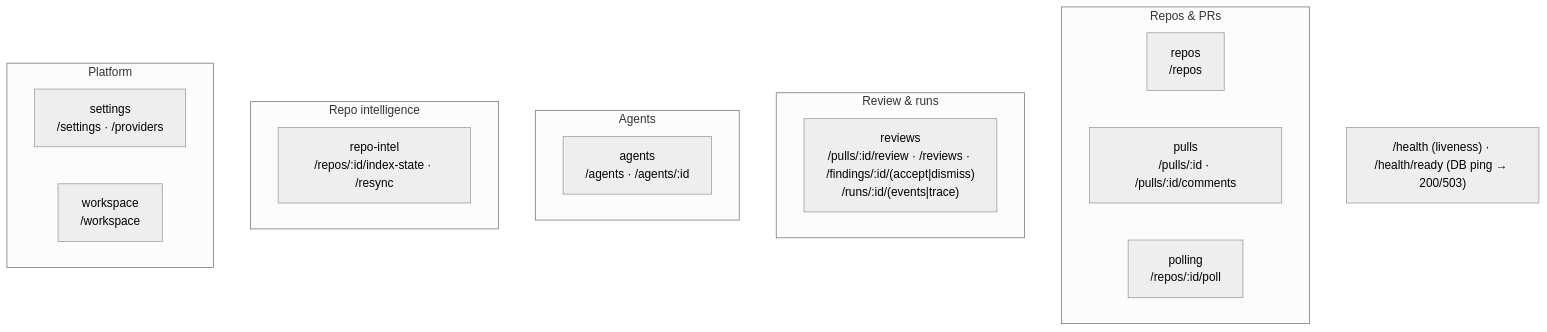
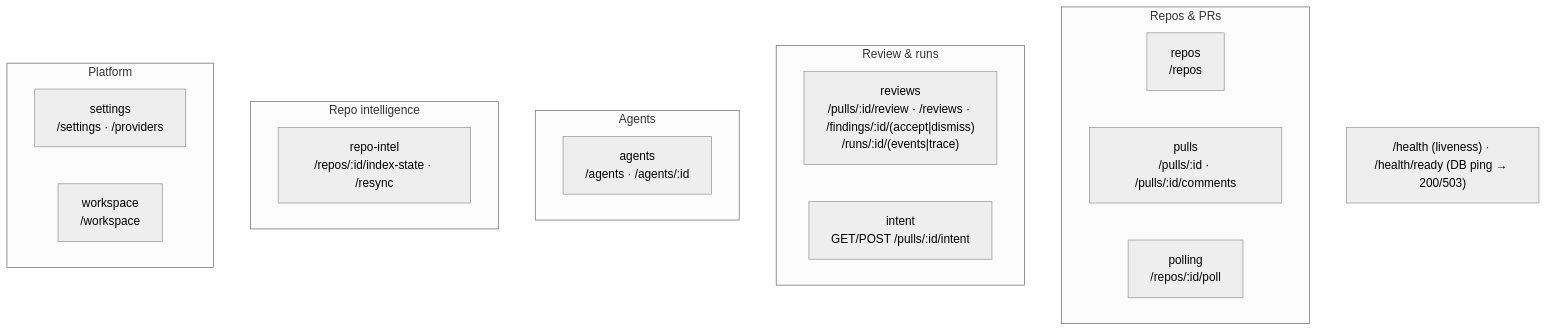
Before and after one commit to tetiana-taranushchenko/dev-digest: the second of 2 diagrams in server/README.md, drawn with Mermaid (neutral theme). The commit also changed other lines of this file and 20 other files, not shown here.

````diff
--- a/server/README.md
+++ b/server/README.md
@@ -64,22 +64,23 @@
 ```mermaid
 flowchart TB
   subgraph Repos_PRs["Repos & PRs"]
     repos["repos<br/>/repos"]
     pulls["pulls<br/>/pulls/:id · /pulls/:id/comments"]
     polling["polling<br/>/repos/:id/poll"]
   end
   subgraph Review["Review & runs"]
     reviews["reviews<br/>/pulls/:id/review · /reviews · /findings/:id/(accept|dismiss)<br/>/runs/:id/(events|trace)"]
+    intent["intent<br/>GET/POST /pulls/:id/intent"]
   end
   subgraph Agents["Agents"]
     agents["agents<br/>/agents · /agents/:id"]
   end
   subgraph Intel["Repo intelligence"]
     repoIntel["repo-intel<br/>/repos/:id/index-state · /resync"]
   end
   subgraph Platform["Platform"]
     settings["settings<br/>/settings · /providers"]
     workspace["workspace<br/>/workspace"]
   end
   HEALTH["/health (liveness) · /health/ready (DB ping → 200/503)"]
 ```
````
